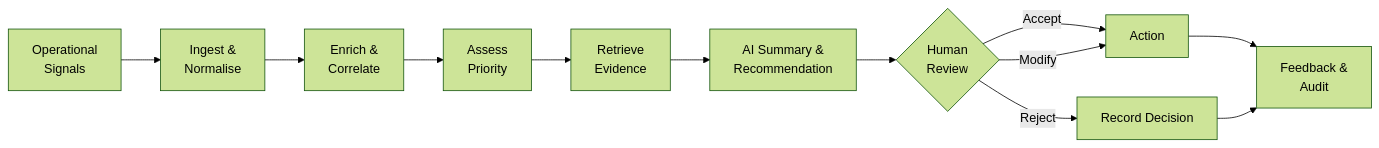
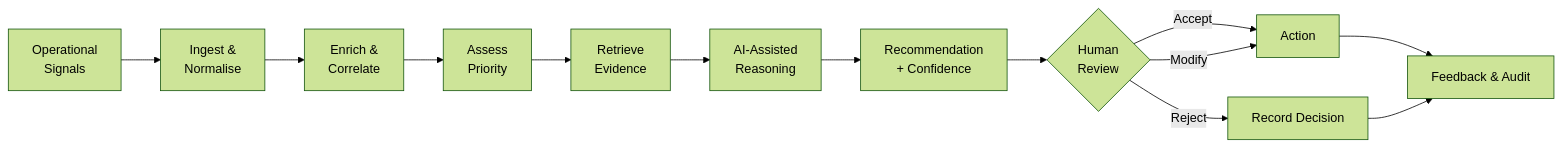
One commit to hammedfataio/Sigvora changed the second of 4 diagrams in docs/BUSINESS_CASE.md. Above: the diagram before and after it, drawn with Mermaid (forest theme). The commit also changed other lines of this file, not shown here.

````diff
--- a/docs/BUSINESS_CASE.md
+++ b/docs/BUSINESS_CASE.md
@@ -62,16 +127,17 @@
 ```mermaid
 flowchart LR
     A["Operational<br/>Signals"] --> B["Ingest &<br/>Normalise"]
     B --> C["Enrich &<br/>Correlate"]
     C --> D["Assess<br/>Priority"]
     D --> E["Retrieve<br/>Evidence"]
-    E --> F["AI Summary &<br/>Recommendation"]
-    F --> G{"Human<br/>Review"}
+    E --> F["AI-Assisted<br/>Reasoning"]
+    F --> G["Recommendation<br/>+ Confidence"]
+    G --> H{"Human<br/>Review"}
 
-    G -->|Accept| H["Action"]
-    G -->|Modify| H
-    G -->|Reject| I["Record Decision"]
+    H -->|Accept| I["Action"]
+    H -->|Modify| I
+    H -->|Reject| J["Record Decision"]
 
-    H --> J["Feedback &<br/>Audit"]
-    I --> J
+    I --> K["Feedback & Audit"]
+    J --> K
 ```
````
